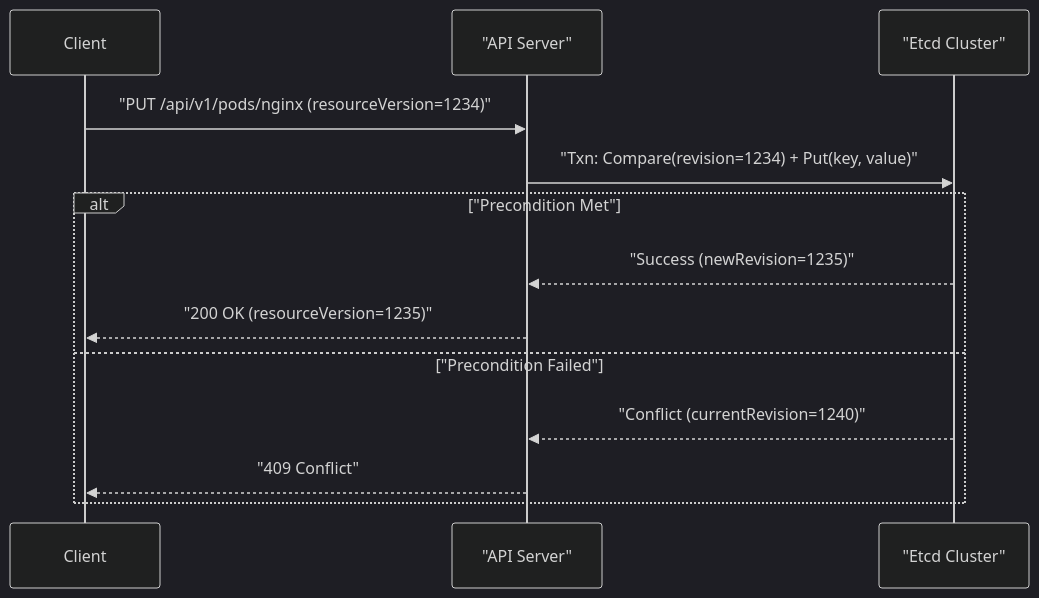
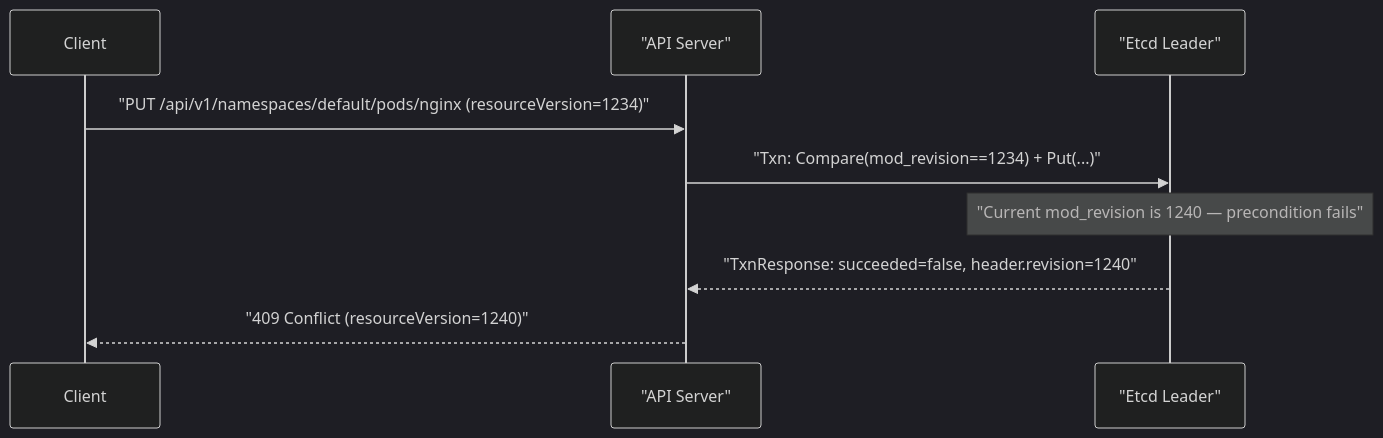
Before and after one commit to blebleblee/synapse: the second of 7 diagrams in topics/computing/infrastructure/kubernetes/lesson_04_control_plane_etcd_integration.md, drawn with Mermaid (dark theme). The commit also changed other lines of this file and 5 other files, not shown here.

````diff
--- a/topics/computing/infrastructure/kubernetes/lesson_04_control_plane_etcd_integration.md
+++ b/topics/computing/infrastructure/kubernetes/lesson_04_control_plane_etcd_integration.md
@@ -11,16 +34,12 @@
 ```mermaid
 sequenceDiagram
     participant Client
     participant APIServer as "API Server"
-    participant Etcd as "Etcd Cluster"
-    
-    Client->>APIServer: "PUT /api/v1/pods/nginx (resourceVersion=1234)"
-    APIServer->>Etcd: "Txn: Compare(revision=1234) + Put(key, value)"
-    alt "Precondition Met"
-        Etcd-->>APIServer: "Success (newRevision=1235)"
-        APIServer-->>Client: "200 OK (resourceVersion=1235)"
-    else "Precondition Failed"
-        Etcd-->>APIServer: "Conflict (currentRevision=1240)"
-        APIServer-->>Client: "409 Conflict"
-    end
+    participant EtcdLeader as "Etcd Leader"
+
+    Client->>APIServer: "PUT /api/v1/namespaces/default/pods/nginx (resourceVersion=1234)"
+    APIServer->>EtcdLeader: "Txn: Compare(mod_revision==1234) + Put(...)"
+    Note over EtcdLeader: "Current mod_revision is 1240 — precondition fails"
+    EtcdLeader-->>APIServer: "TxnResponse: succeeded=false, header.revision=1240"
+    APIServer-->>Client: "409 Conflict (resourceVersion=1240)"
 ```
````
